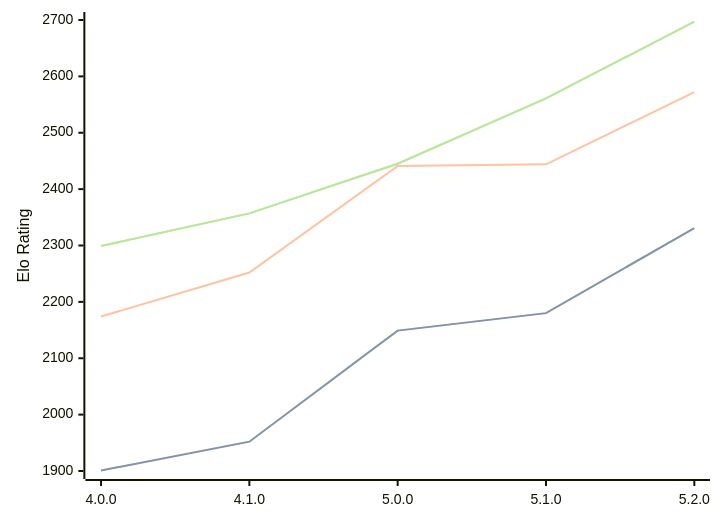
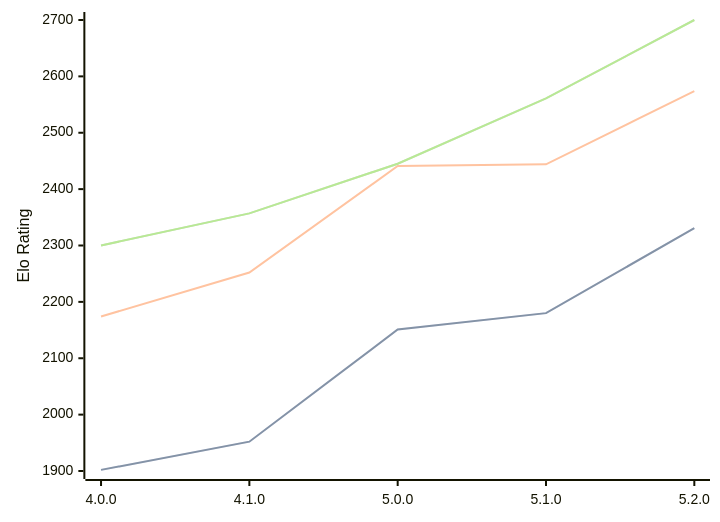
The third of 3 diagrams in engines/Aconcagua.md (computer-chess-index/cci), drawn with Mermaid before and after one commit. The commit also changed other lines of this file, not shown here.

Commit message:
Update CCI Ratings (ELO VLTC) - 2026-07-13

````diff
--- a/engines/Aconcagua.md
+++ b/engines/Aconcagua.md
@@ -77,11 +77,11 @@
 ```mermaid
 %%{init: {"theme":"base","themeVariables":{"seriesColors:['#a3a3a3','#222221','#faa371']}}}%%
 xychart-beta
   x-axis ["4.0.0", "4.1.0", "5.0.0", "5.1.0", "5.2.0"]
   y-axis "Elo Rating" 1900 --> 2700
-  line "STC (8.0+0.08s)" [1901, 1952, 2149, 2180, 2331]
-  line "STC (8.0+0.08s)" [1901, 1952, 2149, 2180, 2331]
-  line "LTC (60.0+0.60s)" [2174, 2252, 2441, 2444, 2572]
-  line "VLTC (2m24s+1.12s)" [2299, 2357, 2445, 2561, 2697]
-  line "VLTC (2m24s+1.12s)" [2299, 2357, 2445, 2561, 2697]
+  line "STC (8.0+0.08s)" [1902, 1952, 2151, 2180, 2331]
+  line "STC (8.0+0.08s)" [1902, 1952, 2151, 2180, 2331]
+  line "LTC (60.0+0.60s)" [2174, 2252, 2441, 2444, 2574]
+  line "VLTC (2m24s+1.12s)" [2300, 2357, 2445, 2561, 2700]
+  line "VLTC (2m24s+1.12s)" [2300, 2357, 2445, 2561, 2700]
 ```
````
